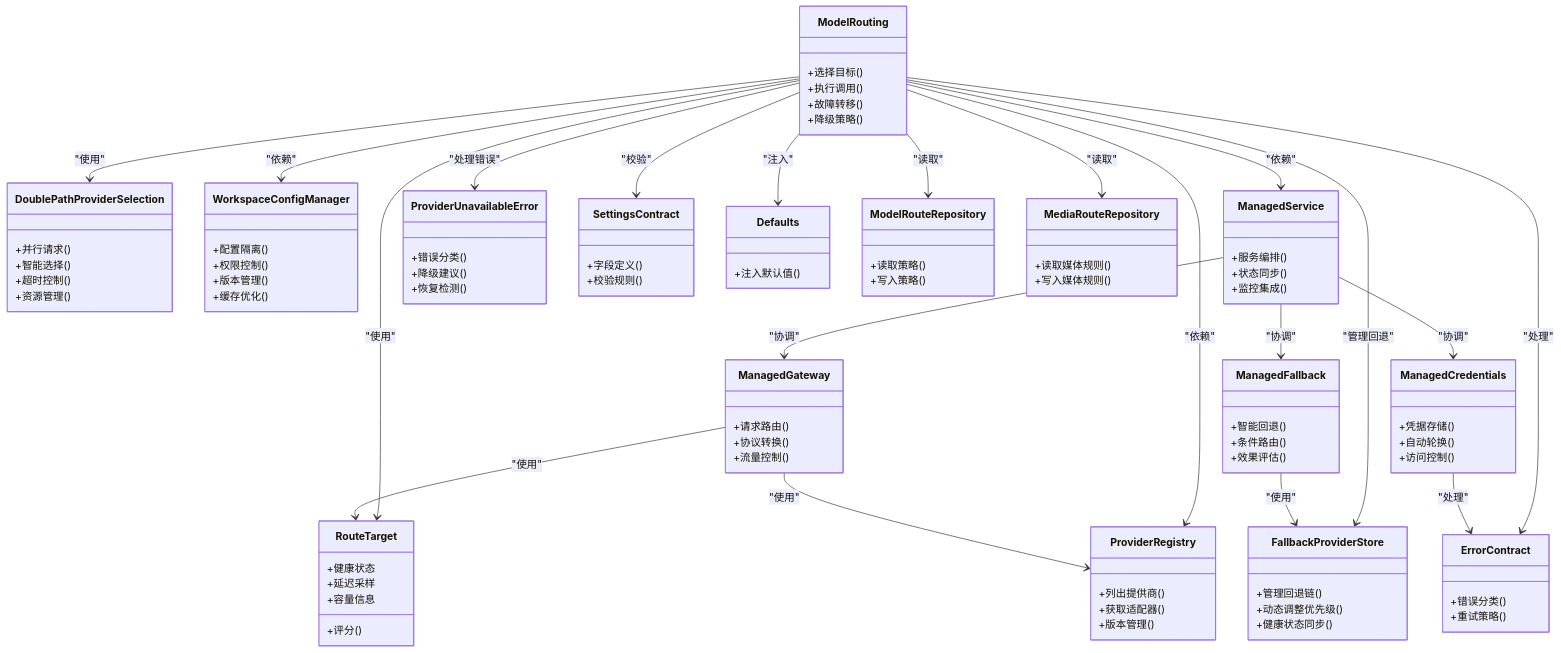
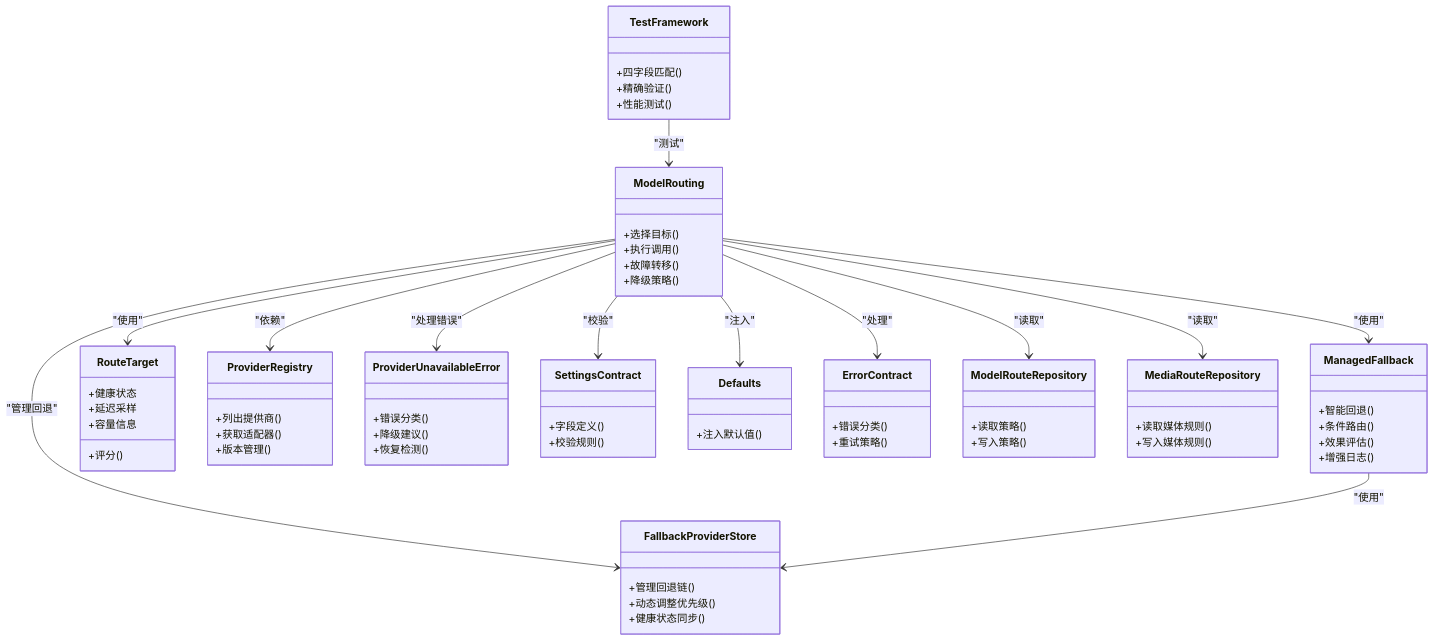
One commit to scottcwy/PurpleInk changed the third of 3 diagrams in .qoder/repowiki/zh/content/AI系统集成/模型路由系统.md. Above: the diagram before and after it, drawn with Mermaid. The commit also changed other lines of this file and 23 other files, not shown here.

````diff
--- a/.qoder/repowiki/zh/content/AI系统集成/模型路由系统.md
+++ b/.qoder/repowiki/zh/content/AI系统集成/模型路由系统.md
@@ -435,37 +367,11 @@
 +故障转移()
 +降级策略()
 }
-class DoublePathProviderSelection {
-+并行请求()
-+智能选择()
-+超时控制()
-+资源管理()
-}
-class WorkspaceConfigManager {
-+配置隔离()
-+权限控制()
-+版本管理()
-+缓存优化()
-}
-class ManagedService {
-+服务编排()
-+状态同步()
-+监控集成()
-}
-class ManagedGateway {
-+请求路由()
-+协议转换()
-+流量控制()
-}
-class ManagedCredentials {
-+凭据存储()
-+自动轮换()
-+访问控制()
-}
 class ManagedFallback {
 +智能回退()
 +条件路由()
 +效果评估()
++增强日志()
 }
 class RouteTarget {
 +健康状态
@@ -507,9 +413,12 @@
 +读取媒体规则()
 +写入媒体规则()
 }
-ModelRouting --> DoublePathProviderSelection : "使用"
-ModelRouting --> WorkspaceConfigManager : "依赖"
-ModelRouting --> ManagedService : "依赖"
+class TestFramework {
++四字段匹配()
++精确验证()
++性能测试()
+}
+ModelRouting --> ManagedFallback : "使用"
 ModelRouting --> RouteTarget : "使用"
 ModelRouting --> ProviderRegistry : "依赖"
 ModelRouting --> FallbackProviderStore : "管理回退"
@@ -519,11 +428,6 @@
 ModelRouting --> ErrorContract : "处理"
 ModelRouting --> ModelRouteRepository : "读取"
 ModelRouting --> MediaRouteRepository : "读取"
-ManagedService --> ManagedGateway : "协调"
-ManagedService --> ManagedCredentials : "协调"
-ManagedService --> ManagedFallback : "协调"
-ManagedGateway --> ProviderRegistry : "使用"
-ManagedGateway --> RouteTarget : "使用"
-ManagedCredentials --> ErrorContract : "处理"
+TestFramework --> ModelRouting : "测试"
 ManagedFallback --> FallbackProviderStore : "使用"
 ```
````
